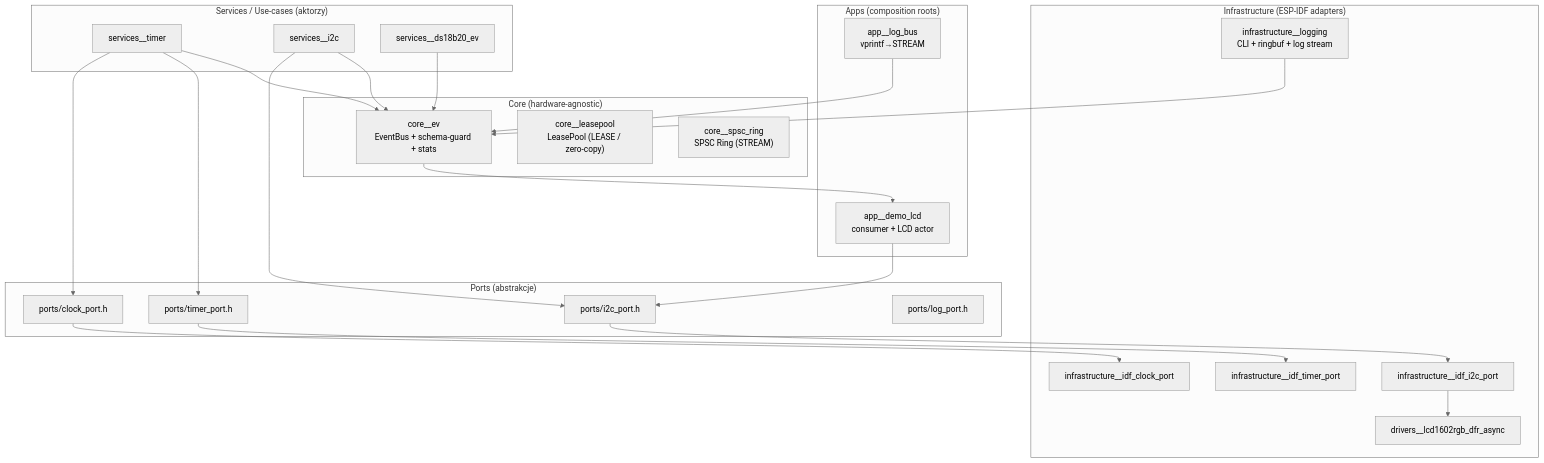
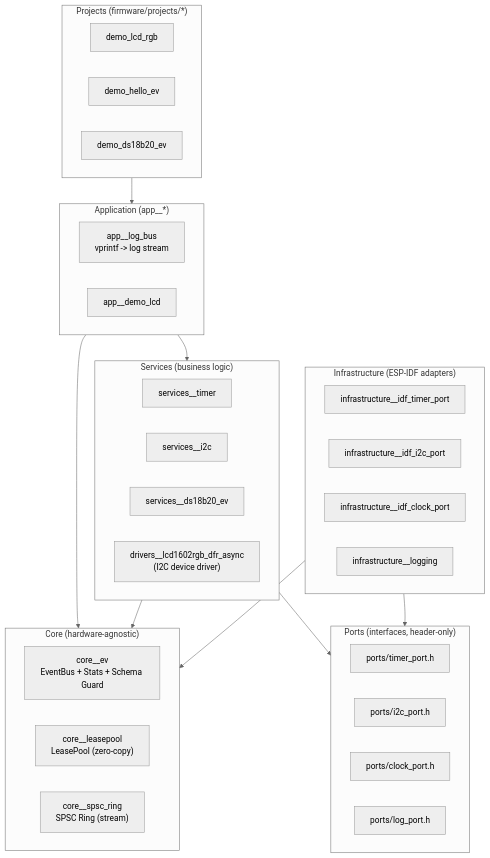
One commit to wzurawski015/esp32_event_clean_arch changed the first of 4 diagrams in README.md. Above: the diagram before and after it, drawn with Mermaid (neutral theme). The commit also changed other lines of this file, not shown here.

````diff
--- a/README.md
+++ b/README.md
@@ -63,49 +69,48 @@
 ```mermaid
-graph TD
-  subgraph CORE["Core (hardware‑agnostic)"]
-    EV["core__ev<br/>EventBus + schema‑guard + stats"]
-    LP["core__leasepool<br/>LeasePool (LEASE / zero‑copy)"]
-    RB["core__spsc_ring<br/>SPSC Ring (STREAM)"]
+flowchart TB
+  subgraph Projects["Projects (firmware/projects/*)"]
+    DemoLCD["demo_lcd_rgb"]
+    DemoHello["demo_hello_ev"]
+    DemoDS18["demo_ds18b20_ev"]
   end
 
-  subgraph PORTS["Ports (abstrakcje)"]
+  subgraph App["Application (app__*)"]
+    LogBus["app__log_bus<br/>vprintf -> log stream"]
+    DemoLCDApp["app__demo_lcd"]
+  end
+
+  subgraph Core["Core (hardware‑agnostic)"]
+    EV["core__ev<br/>EventBus + Stats + Schema Guard"]
+    LP["core__leasepool<br/>LeasePool (zero‑copy)"]
+    SPSC["core__spsc_ring<br/>SPSC Ring (stream)"]
+  end
+
+  subgraph Services["Services (business logic)"]
+    TMR["services__timer"]
+    I2C["services__i2c"]
+    DS18["services__ds18b20_ev"]
+    LCDDRV["drivers__lcd1602rgb_dfr_async<br/>(I2C device driver)"]
+  end
+
+  subgraph Ports["Ports (interfaces, header‑only)"]
     PT["ports/timer_port.h"]
     PI["ports/i2c_port.h"]
     PC["ports/clock_port.h"]
     PL["ports/log_port.h"]
   end
 
-  subgraph SERVICES["Services / Use‑cases (aktorzy)"]
-    ST["services__timer"]
-    SI2C["services__i2c"]
-    SDS["services__ds18b20_ev"]
-  end
-
-  subgraph APPS["Apps (composition roots)"]
-    ALOG["app__log_bus<br/>vprintf→STREAM"]
-    ALCD["app__demo_lcd<br/>consumer + LCD actor"]
-  end
-
-  subgraph INFRA["Infrastructure (ESP‑IDF adapters)"]
+  subgraph Infra["Infrastructure (ESP‑IDF adapters)"]
     IT["infrastructure__idf_timer_port"]
     II["infrastructure__idf_i2c_port"]
     IC["infrastructure__idf_clock_port"]
-    ILOG["infrastructure__logging<br/>CLI + ringbuf + log stream"]
-    DRV["drivers__lcd1602rgb_dfr_async"]
+    IL["infrastructure__logging"]
   end
 
-  %% Data/control flow (events)
-  ALOG --> EV
-  ST --> EV
-  SI2C --> EV
-  SDS --> EV
-  EV --> ALCD
-
-  %% Ports & adapters
-  ST --> PT --> IT
-  SI2C --> PI --> II
-  ST --> PC --> IC
-  ALCD --> PI
-  II --> DRV
-  ILOG --> EV
+  Projects --> App
+  App --> Core
+  App --> Services
+  Services --> Core
+  Services --> Ports
+  Infra --> Ports
+  Infra --> Core
 ```
````
